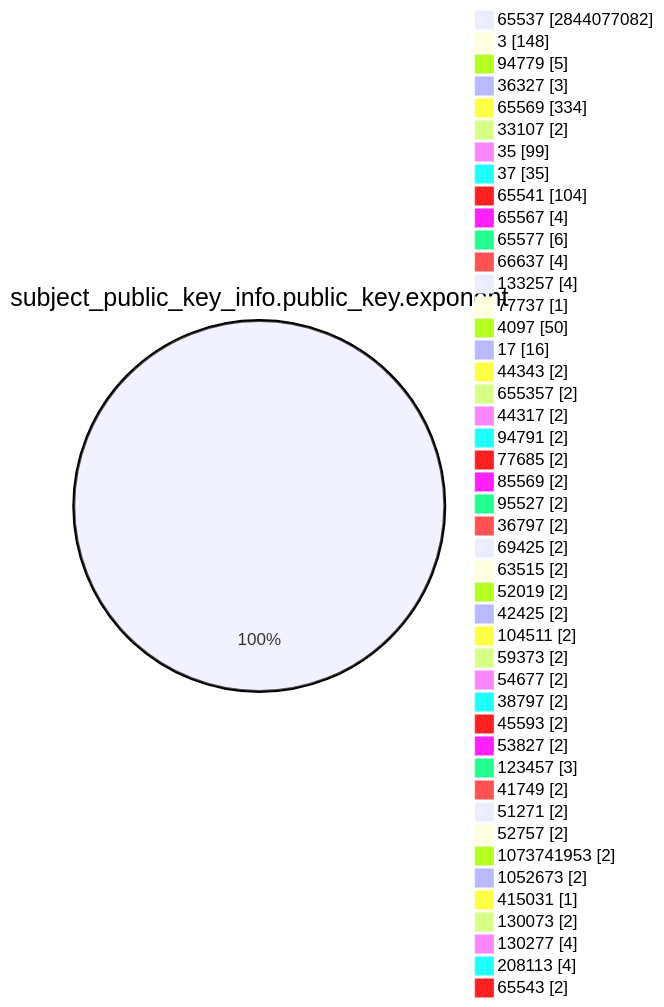
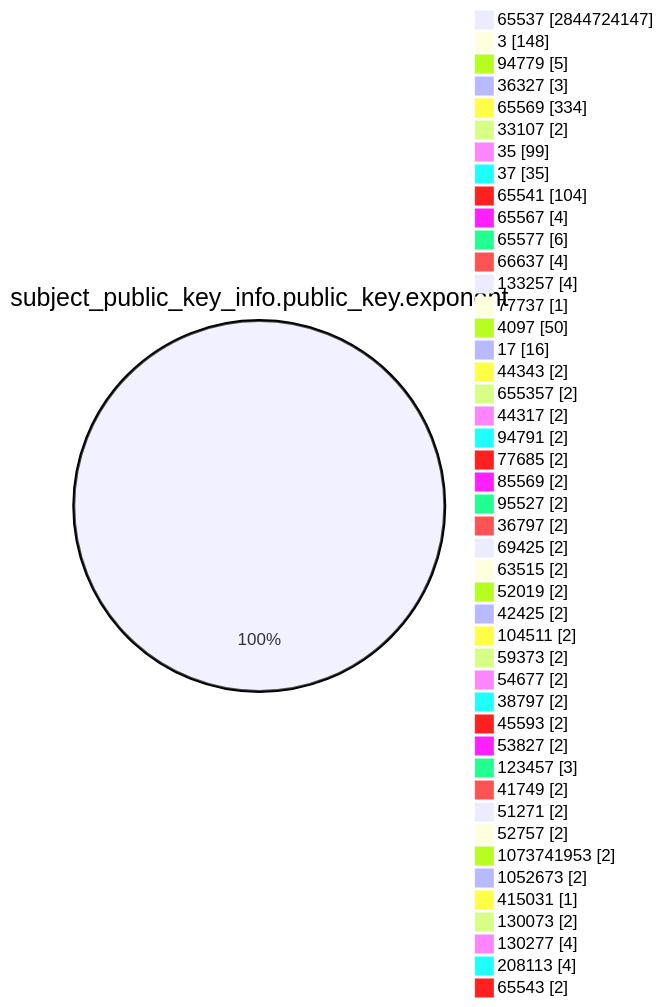
The fourth of 15 diagrams in TOTAL/README.md (christiankrug/ctmonitor_visualization), drawn with Mermaid before and after one commit. The commit also changed other lines of this file, not shown here.

````diff
--- a/TOTAL/README.md
+++ b/TOTAL/README.md
@@ -1468,49 +1468,49 @@
 ```mermaid
 pie showData
 title subject_public_key_info.public_key.exponent
-"65537" :2844077082
+"65537" :2844724147
 "3" :148
 "94779" :5
 "36327" :3
 "65569" :334
 "33107" :2
 "35" :99
 "37" :35
 "65541" :104
 "65567" :4
 "65577" :6
 "66637" :4
 "133257" :4
 "77737" :1
 "4097" :50
 "17" :16
 "44343" :2
 "655357" :2
 "44317" :2
 "94791" :2
 "77685" :2
 "85569" :2
 "95527" :2
 "36797" :2
 "69425" :2
 "63515" :2
 "52019" :2
 "42425" :2
 "104511" :2
 "59373" :2
 "54677" :2
 "38797" :2
 "45593" :2
 "53827" :2
 "123457" :3
 "41749" :2
 "51271" :2
 "52757" :2
 "1073741953" :2
 "1052673" :2
 "415031" :1
 "130073" :2
 "130277" :4
 "208113" :4
 "65543" :2
 ```
````
